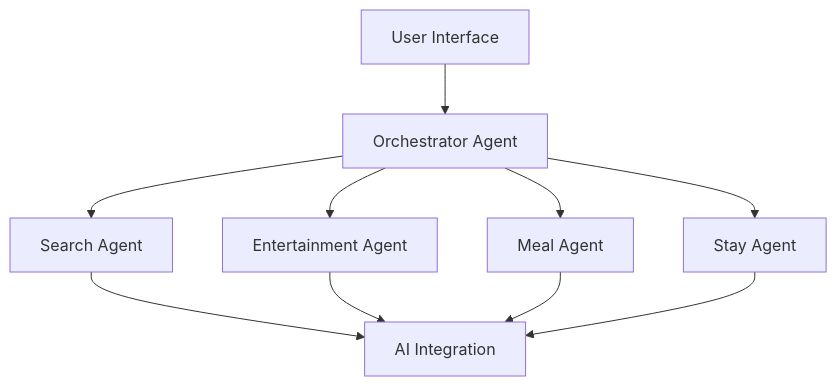
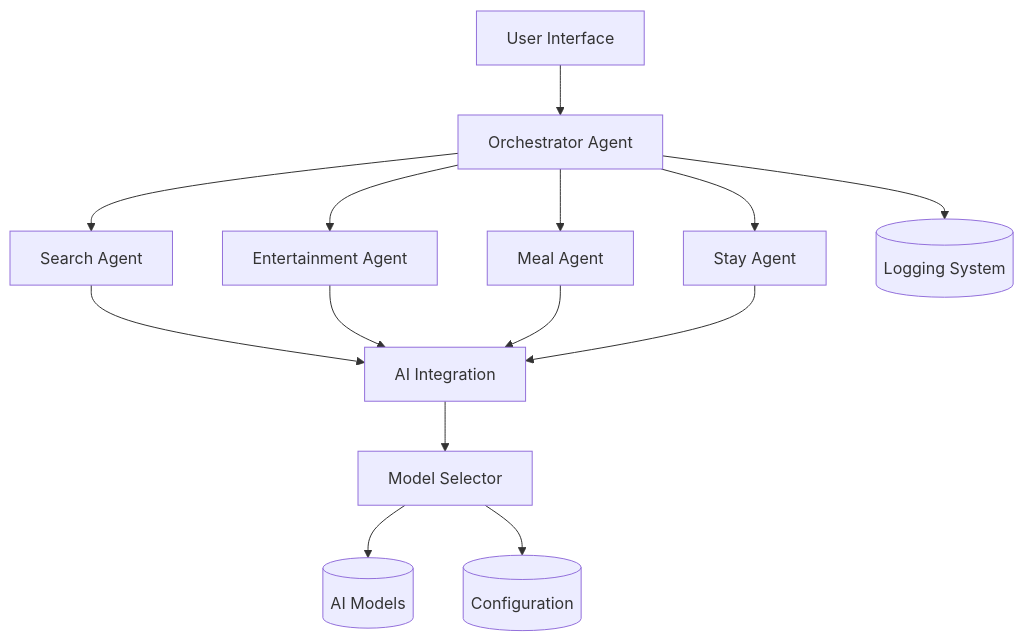
The first of 7 diagrams in memory-bank/systemPatterns.md (quanhieu/trip-planner), drawn with Mermaid before and after one commit. The commit also changed other lines of this file and 21 other files, not shown here.

````diff
--- a/memory-bank/systemPatterns.md
+++ b/memory-bank/systemPatterns.md
@@ -7,13 +7,19 @@
 ```mermaid
 flowchart TD
     User[User Interface] --> Orchestrator[Orchestrator Agent]
     Orchestrator --> Search[Search Agent]
     Orchestrator --> Entertainment[Entertainment Agent]
     Orchestrator --> Meal[Meal Agent]
     Orchestrator --> Stay[Stay Agent]
 
     Search --> AI[AI Integration]
     Entertainment --> AI
     Meal --> AI
     Stay --> AI
+
+    AI --> ModelSelector[Model Selector]
+    ModelSelector --> Models[(AI Models)]
+
+    ModelSelector --> Settings[(Configuration)]
+    Orchestrator --> Logger[(Logging System)]
 ```
````
